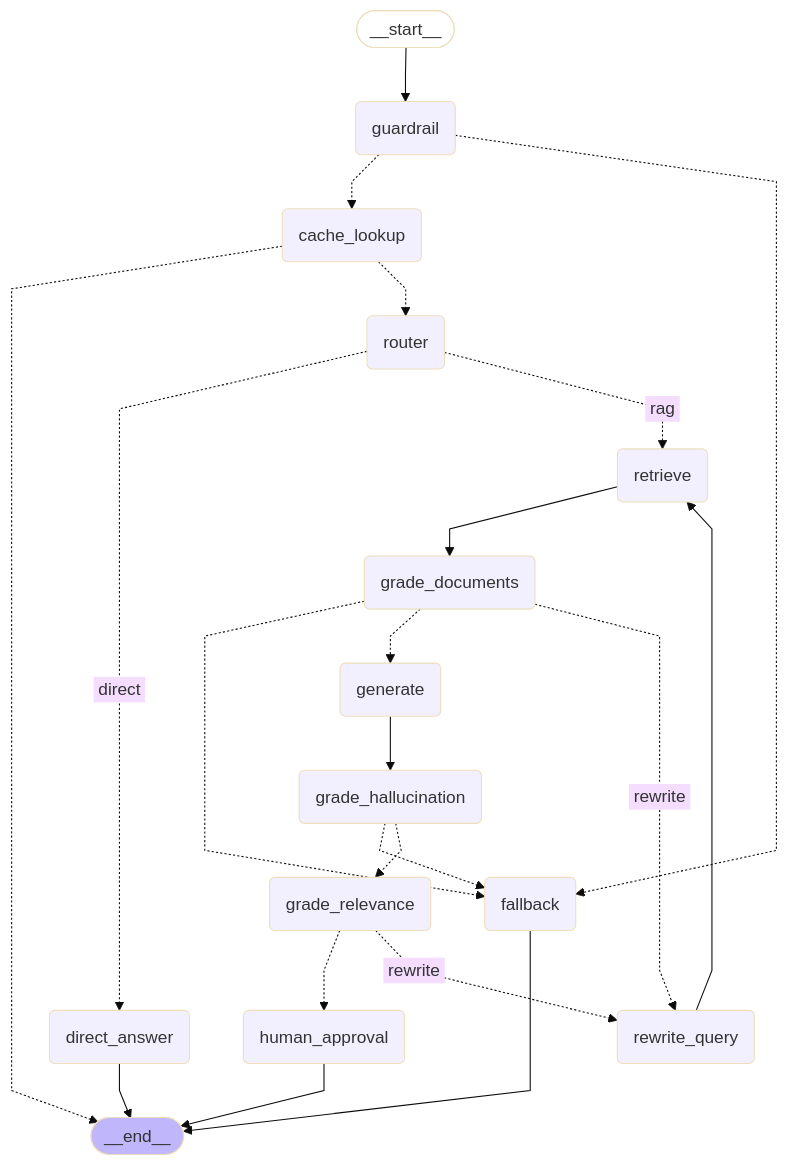
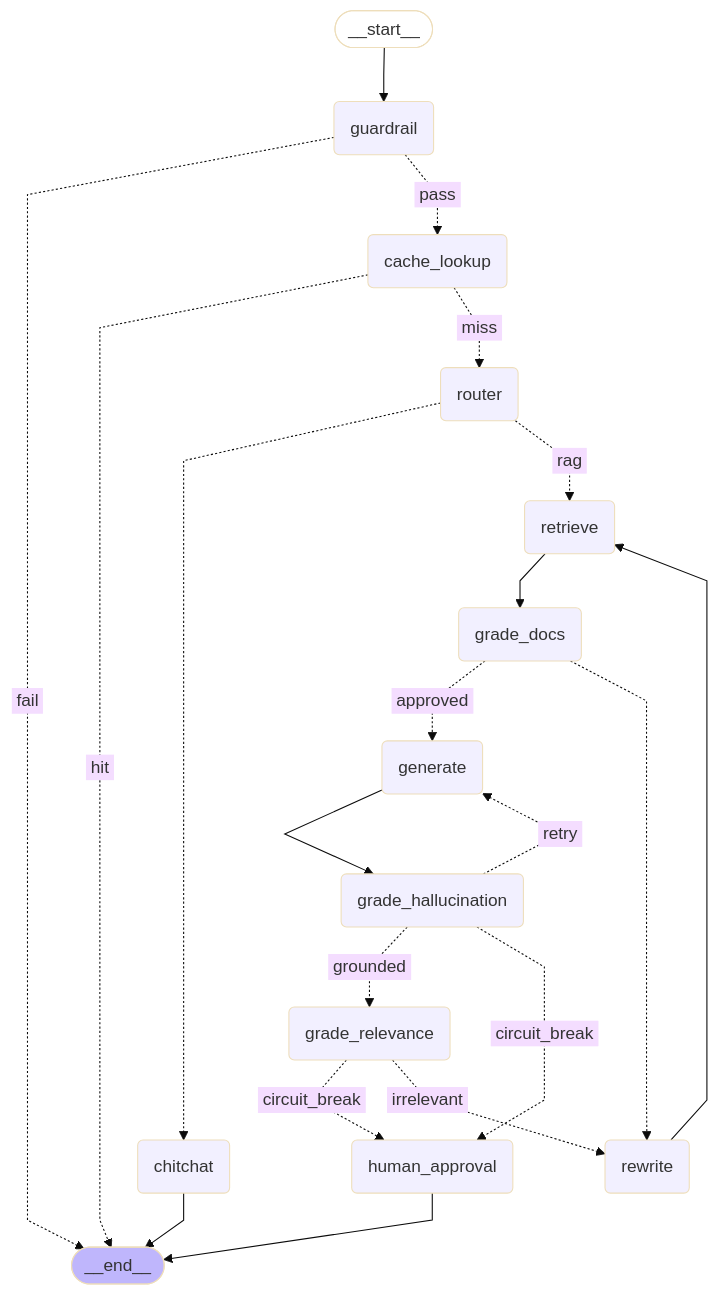
Before and after one commit to whybothercoding/local-rag-lab: the diagram in docs/architecture.mmd, drawn with Mermaid (base theme). The commit also changed 20 other files, not shown here.

```diff
--- a/docs/architecture.mmd
+++ b/docs/architecture.mmd
@@ -1,43 +1,41 @@
 ---
 config:
   flowchart:
     curve: linear
 ---
 graph TD;
 	__start__([<p>__start__</p>]):::first
 	guardrail(guardrail)
 	cache_lookup(cache_lookup)
 	router(router)
-	direct_answer(direct_answer)
+	chitchat(chitchat)
 	retrieve(retrieve)
-	grade_documents(grade_documents)
-	rewrite_query(rewrite_query)
+	grade_docs(grade_docs)
+	rewrite(rewrite)
 	generate(generate)
 	grade_hallucination(grade_hallucination)
 	grade_relevance(grade_relevance)
 	human_approval(human_approval)
-	fallback(fallback)
 	__end__([<p>__end__</p>]):::last
 	__start__ --> guardrail;
-	cache_lookup -.-> __end__;
-	cache_lookup -.-> router;
+	cache_lookup -. &nbsp;hit&nbsp; .-> __end__;
+	cache_lookup -. &nbsp;miss&nbsp; .-> router;
 	generate --> grade_hallucination;
-	grade_documents -.-> fallback;
-	grade_documents -.-> generate;
-	grade_documents -. &nbsp;rewrite&nbsp; .-> rewrite_query;
-	grade_hallucination -.-> fallback;
-	grade_hallucination -.-> grade_relevance;
-	grade_relevance -.-> human_approval;
-	grade_relevance -. &nbsp;rewrite&nbsp; .-> rewrite_query;
-	guardrail -.-> cache_lookup;
-	guardrail -.-> fallback;
-	retrieve --> grade_documents;
-	rewrite_query --> retrieve;
-	router -. &nbsp;direct&nbsp; .-> direct_answer;
+	grade_docs -. &nbsp;approved&nbsp; .-> generate;
+	grade_docs -.-> rewrite;
+	grade_hallucination -. &nbsp;retry&nbsp; .-> generate;
+	grade_hallucination -. &nbsp;grounded&nbsp; .-> grade_relevance;
+	grade_hallucination -. &nbsp;circuit_break&nbsp; .-> human_approval;
+	grade_relevance -. &nbsp;circuit_break&nbsp; .-> human_approval;
+	grade_relevance -. &nbsp;irrelevant&nbsp; .-> rewrite;
+	guardrail -. &nbsp;fail&nbsp; .-> __end__;
+	guardrail -. &nbsp;pass&nbsp; .-> cache_lookup;
+	retrieve --> grade_docs;
+	rewrite --> retrieve;
+	router -.-> chitchat;
 	router -. &nbsp;rag&nbsp; .-> retrieve;
-	direct_answer --> __end__;
-	fallback --> __end__;
+	chitchat --> __end__;
 	human_approval --> __end__;
 	classDef default fill:#f2f0ff,line-height:1.2
 	classDef first fill-opacity:0
 	classDef last fill:#bfb6fc
```
